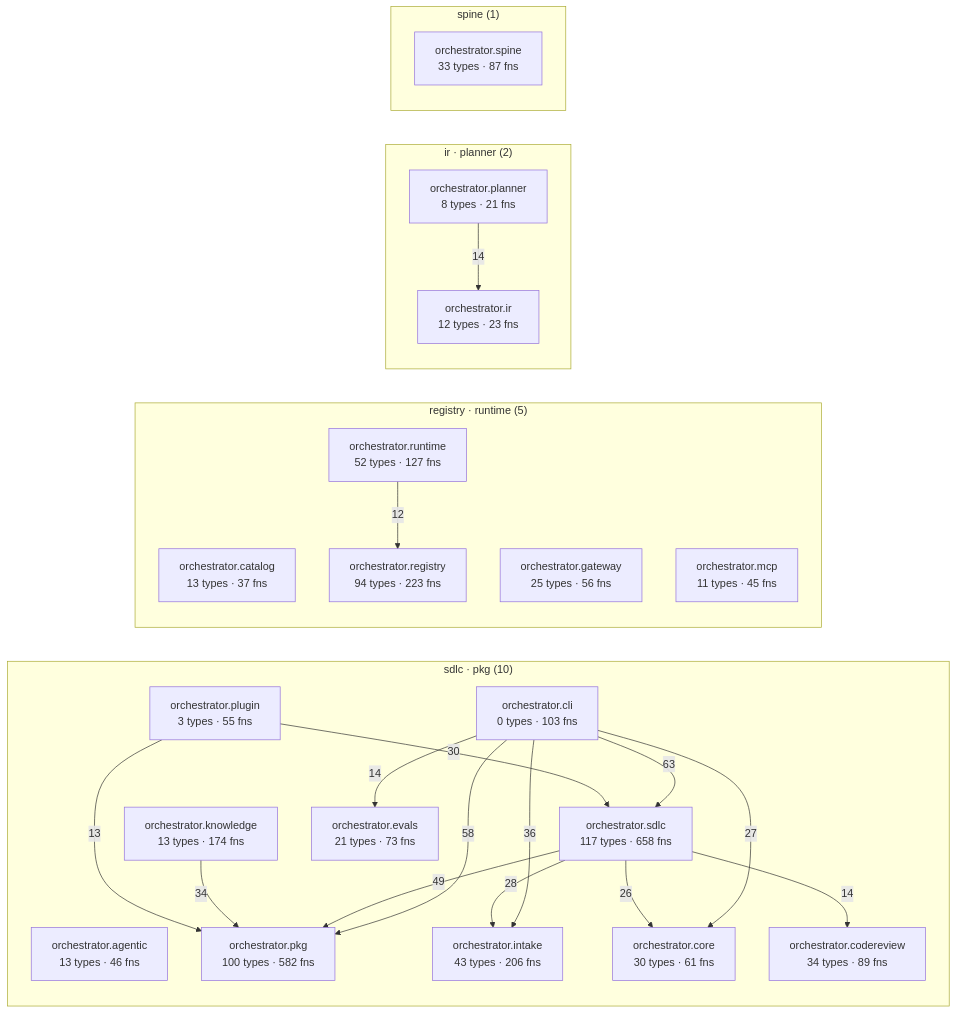
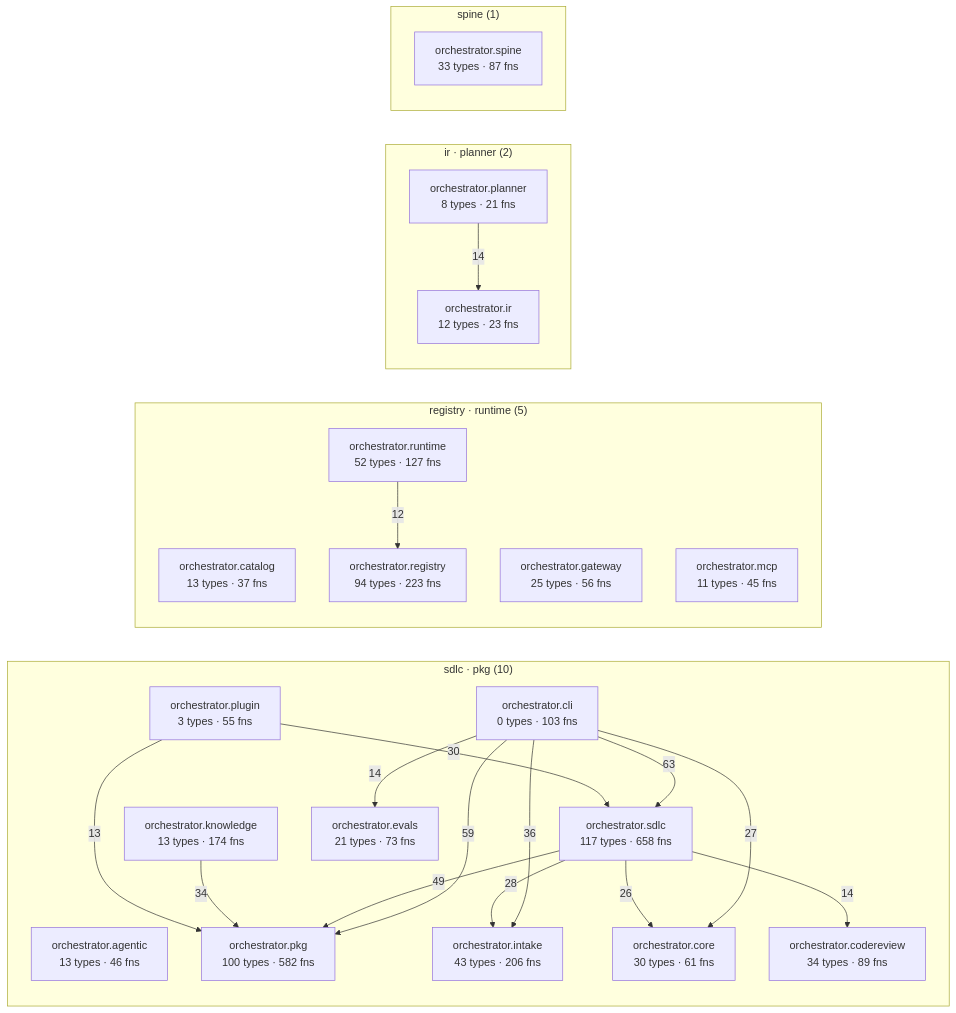
Before and after one commit to synaptixs/spine: the diagram in episteme/architecture.md, drawn with Mermaid. The commit also changed other lines of this file and 4 other files, not shown here.

````diff
--- a/episteme/architecture.md
+++ b/episteme/architecture.md
@@ -54,43 +54,43 @@
 ```mermaid
 flowchart LR
   subgraph c_2["sdlc · pkg (10)"]
     aorchestratoragentic["orchestrator.agentic<br/>13 types · 46 fns"]
     aorchestratorcli["orchestrator.cli<br/>0 types · 103 fns"]
     aorchestratorcodereview["orchestrator.codereview<br/>34 types · 89 fns"]
     aorchestratorcore["orchestrator.core<br/>30 types · 61 fns"]
     aorchestratorevals["orchestrator.evals<br/>21 types · 73 fns"]
     aorchestratorintake["orchestrator.intake<br/>43 types · 206 fns"]
     aorchestratorknowledge["orchestrator.knowledge<br/>13 types · 174 fns"]
     aorchestratorpkg["orchestrator.pkg<br/>100 types · 582 fns"]
     aorchestratorplugin["orchestrator.plugin<br/>3 types · 55 fns"]
     aorchestratorsdlc["orchestrator.sdlc<br/>117 types · 658 fns"]
   end
   subgraph c_4["registry · runtime (5)"]
     aorchestratorcatalog["orchestrator.catalog<br/>13 types · 37 fns"]
     aorchestratorgateway["orchestrator.gateway<br/>25 types · 56 fns"]
     aorchestratormcp["orchestrator.mcp<br/>11 types · 45 fns"]
     aorchestratorregistry["orchestrator.registry<br/>94 types · 223 fns"]
     aorchestratorruntime["orchestrator.runtime<br/>52 types · 127 fns"]
   end
   subgraph c_7["ir · planner (2)"]
     aorchestratorir["orchestrator.ir<br/>12 types · 23 fns"]
     aorchestratorplanner["orchestrator.planner<br/>8 types · 21 fns"]
   end
   subgraph c_10["spine (1)"]
     aorchestratorspine["orchestrator.spine<br/>33 types · 87 fns"]
   end
   aorchestratorcli -->|63| aorchestratorsdlc
-  aorchestratorcli -->|58| aorchestratorpkg
+  aorchestratorcli -->|59| aorchestratorpkg
   aorchestratorsdlc -->|49| aorchestratorpkg
   aorchestratorcli -->|36| aorchestratorintake
   aorchestratorknowledge -->|34| aorchestratorpkg
   aorchestratorplugin -->|30| aorchestratorsdlc
   aorchestratorsdlc -->|28| aorchestratorintake
   aorchestratorcli -->|27| aorchestratorcore
   aorchestratorsdlc -->|26| aorchestratorcore
   aorchestratorcli -->|14| aorchestratorevals
   aorchestratorplanner -->|14| aorchestratorir
   aorchestratorsdlc -->|14| aorchestratorcodereview
   aorchestratorplugin -->|13| aorchestratorpkg
   aorchestratorruntime -->|12| aorchestratorregistry
 ```
````
